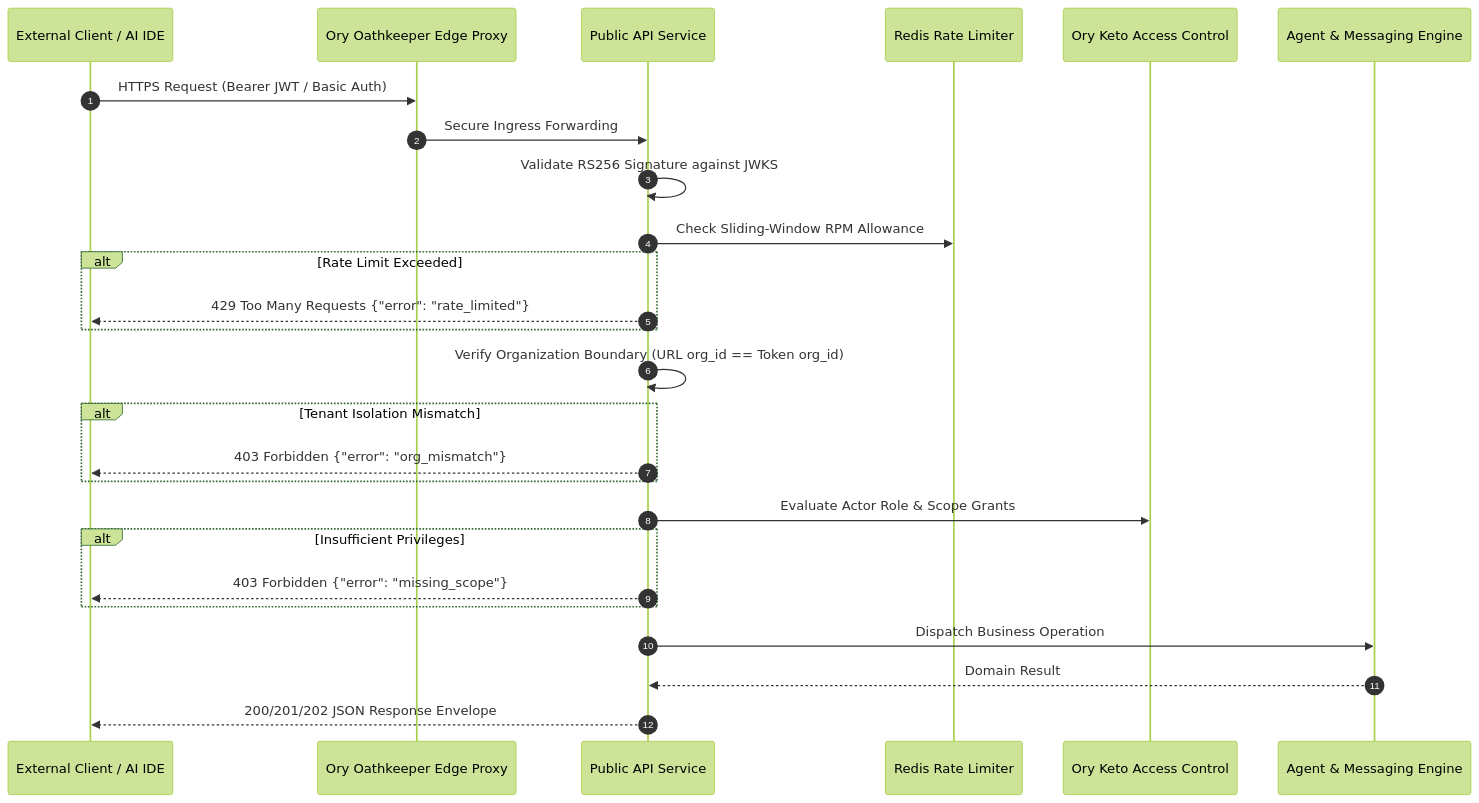
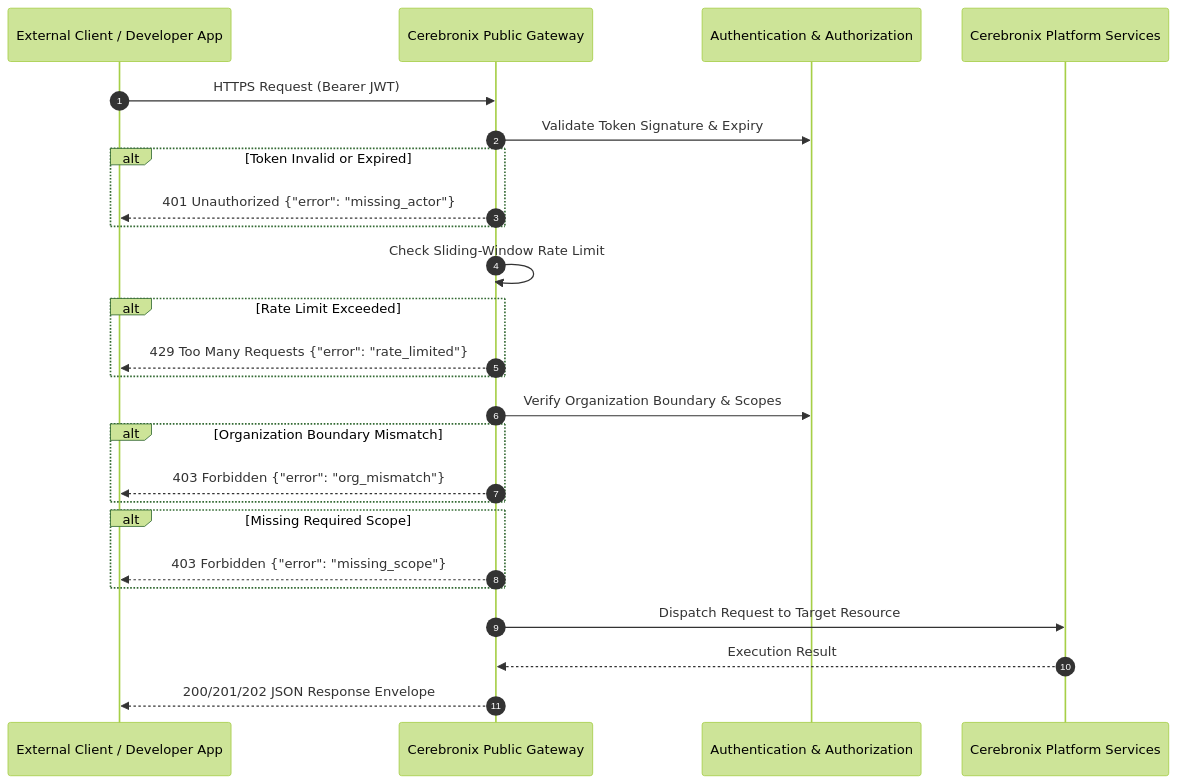
Before and after one commit to Cerebronix-AI/cerebronix-docs: the diagram in apps/socs/content/docs/current/overview.mdx, drawn with Mermaid (forest theme). The commit also changed other lines of this file and 32 other files, not shown here.

Commit message:
feat(docs): enforce black-box architecture and information disclosure safeguards

````diff
--- a/apps/socs/content/docs/current/overview.mdx
+++ b/apps/socs/content/docs/current/overview.mdx
@@ -67,29 +67,28 @@
 ```mermaid
 sequenceDiagram
     autonumber
-    participant App as External Client / AI IDE
-    participant Gateway as Ory Oathkeeper Edge Proxy
-    participant Server as Public API Service
-    participant Redis as Redis Rate Limiter
-    participant Keto as Ory Keto Access Control
-    participant Engine as Agent & Messaging Engine
+    participant App as External Client / Developer App
+    participant Gateway as Cerebronix Public Gateway
+    participant Auth as Authentication & Authorization
+    participant Services as Cerebronix Platform Services
 
-    App->>Gateway: HTTPS Request (Bearer JWT / Basic Auth)
-    Gateway->>Server: Secure Ingress Forwarding
-    Server->>Server: Validate RS256 Signature against JWKS
-    Server->>Redis: Check Sliding-Window RPM Allowance
+    App->>Gateway: HTTPS Request (Bearer JWT)
+    Gateway->>Auth: Validate Token Signature & Expiry
+    alt Token Invalid or Expired
+        Gateway-->>App: 401 Unauthorized {"error": "missing_actor"}
+    end
+    Gateway->>Gateway: Check Sliding-Window Rate Limit
     alt Rate Limit Exceeded
-        Server-->>App: 429 Too Many Requests {"error": "rate_limited"}
+        Gateway-->>App: 429 Too Many Requests {"error": "rate_limited"}
     end
-    Server->>Server: Verify Organization Boundary (URL org_id == Token org_id)
-    alt Tenant Isolation Mismatch
-        Server-->>App: 403 Forbidden {"error": "org_mismatch"}
+    Gateway->>Auth: Verify Organization Boundary & Scopes
+    alt Organization Boundary Mismatch
+        Gateway-->>App: 403 Forbidden {"error": "org_mismatch"}
     end
-    Server->>Keto: Evaluate Actor Role & Scope Grants
-    alt Insufficient Privileges
-        Server-->>App: 403 Forbidden {"error": "missing_scope"}
+    alt Missing Required Scope
+        Gateway-->>App: 403 Forbidden {"error": "missing_scope"}
     end
-    Server->>Engine: Dispatch Business Operation
-    Engine-->>Server: Domain Result
-    Server-->>App: 200/201/202 JSON Response Envelope
+    Gateway->>Services: Dispatch Request to Target Resource
+    Services-->>Gateway: Execution Result
+    Gateway-->>App: 200/201/202 JSON Response Envelope
 ```
````
